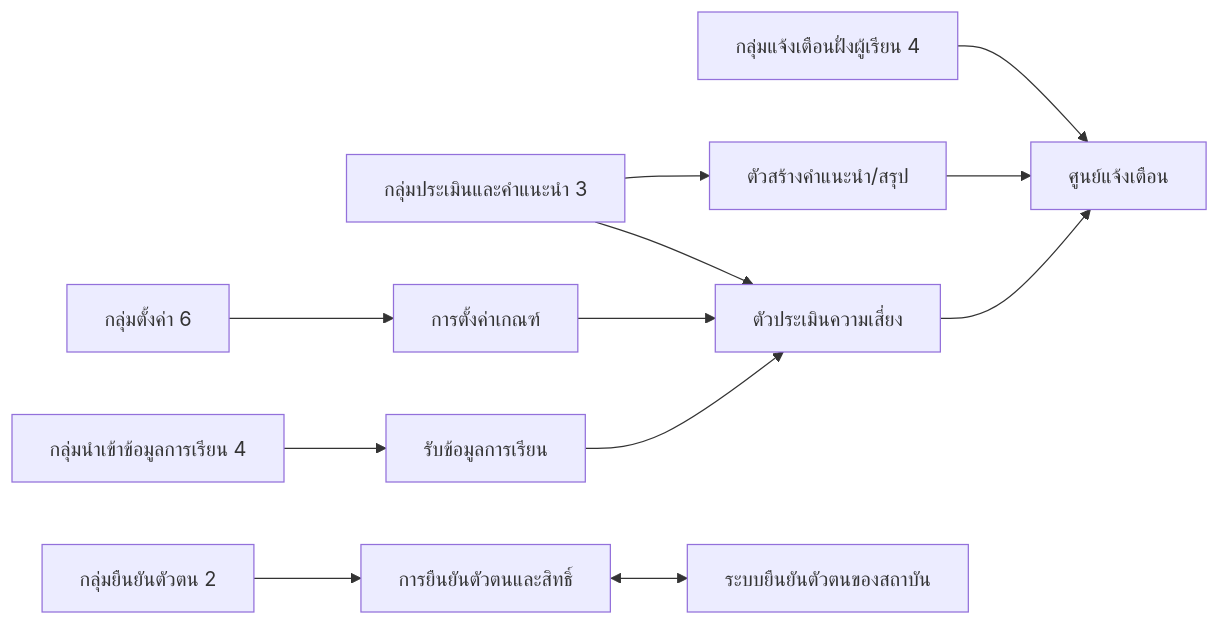
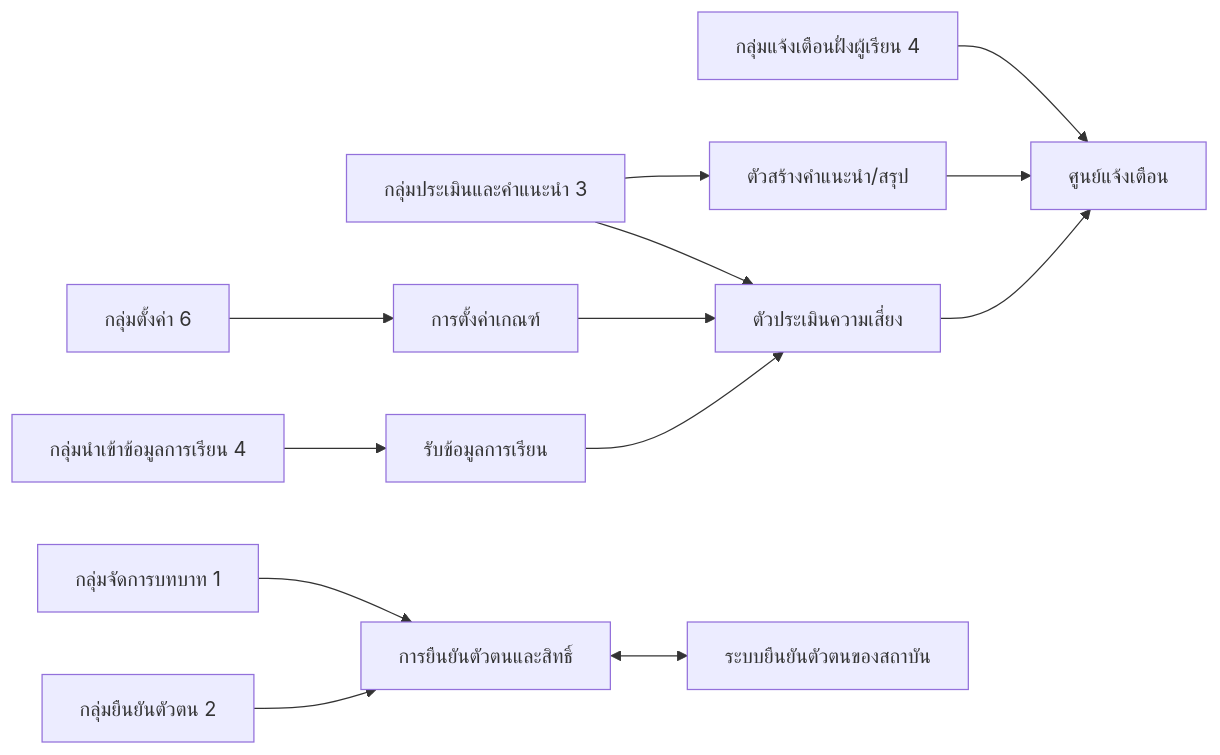
The first of 10 diagrams in docs/02-design/02-technical/api-spec.md (PAKOSORUS/Grade-Runway-PROJECT), drawn with Mermaid before and after one commit. The commit also changed other lines of this file and 2 other files, not shown here.

````diff
--- a/docs/02-design/02-technical/api-spec.md
+++ b/docs/02-design/02-technical/api-spec.md
@@ -51,26 +54,28 @@
 ```mermaid
 flowchart LR
     G1["กลุ่มยืนยันตัวตน 2"]
+    G11["กลุ่มจัดการบทบาท 1"]
     G2["กลุ่มนำเข้าข้อมูลการเรียน 4"]
     G3["กลุ่มประเมินและคำแนะนำ 3"]
     G4["กลุ่มแจ้งเตือนฝั่งผู้เรียน 4"]
     G5["กลุ่มตั้งค่า 6"]
     CAcc["การยืนยันตัวตนและสิทธิ์"]
     CIn["รับข้อมูลการเรียน"]
     CRisk["ตัวประเมินความเสี่ยง"]
     CAdv["ตัวสร้างคำแนะนำ/สรุป"]
     CNot["ศูนย์แจ้งเตือน"]
     CRule["การตั้งค่าเกณฑ์"]
     XIdp["ระบบยืนยันตัวตนของสถาบัน"]
     G1 --> CAcc
+    G11 --> CAcc
     CAcc <--> XIdp
     G2 --> CIn
     CIn --> CRisk
     G3 --> CRisk
     G3 --> CAdv
     CRisk --> CNot
     CAdv --> CNot
     G4 --> CNot
     G5 --> CRule
     CRule --> CRisk
 ```
````
